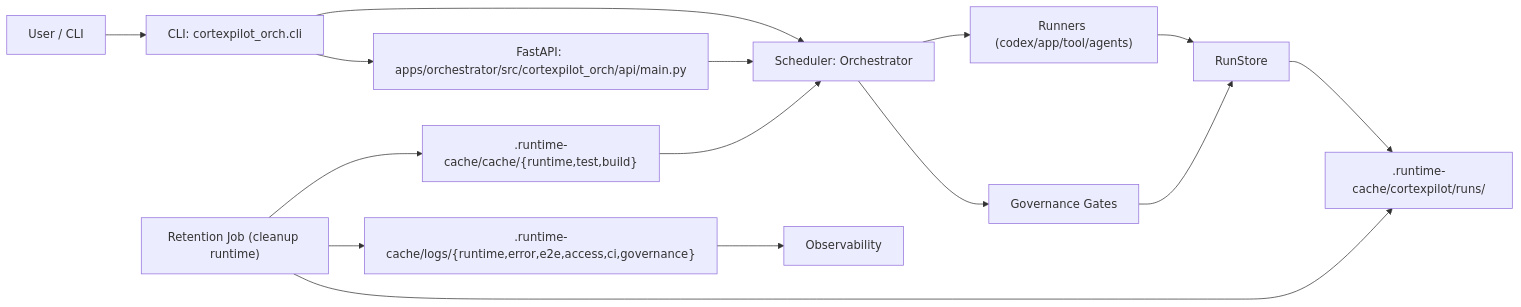
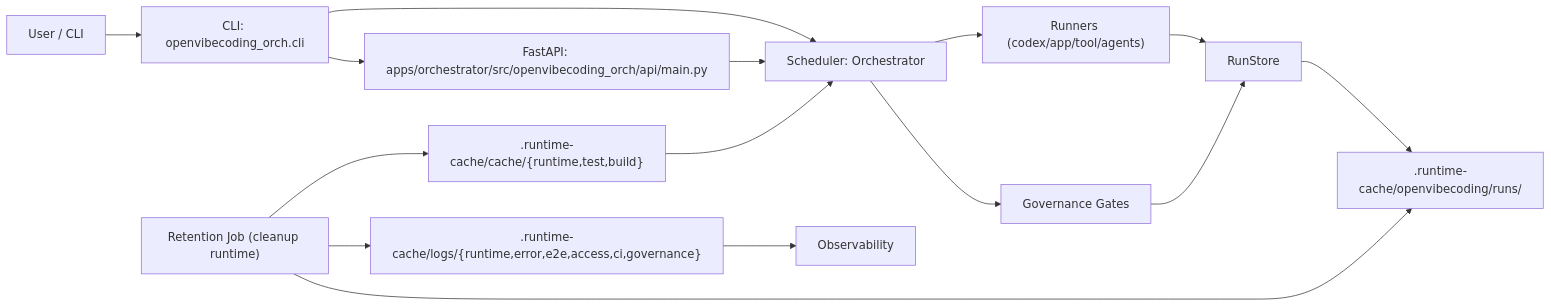
Before and after one commit to xiaojiou176-open/OpenVibeCoding: the diagram in docs/architecture/runtime-topology.md, drawn with Mermaid. The commit also changed other lines of this file and 1068 other files, not shown here.

````diff
--- a/docs/architecture/runtime-topology.md
+++ b/docs/architecture/runtime-topology.md
@@ -3,18 +3,18 @@
 ```mermaid
 flowchart LR
-    U["User / CLI"] --> C["CLI: cortexpilot_orch.cli"]
-    C --> API["FastAPI: apps/orchestrator/src/cortexpilot_orch/api/main.py"]
+    U["User / CLI"] --> C["CLI: openvibecoding_orch.cli"]
+    C --> API["FastAPI: apps/orchestrator/src/openvibecoding_orch/api/main.py"]
     C --> SCH["Scheduler: Orchestrator"]
     API --> SCH
     SCH --> RUN["Runners (codex/app/tool/agents)"]
     SCH --> GATE["Governance Gates"]
     RUN --> STORE["RunStore"]
     GATE --> STORE
-    STORE --> ART[".runtime-cache/cortexpilot/runs/<run_id>"]
+    STORE --> ART[".runtime-cache/openvibecoding/runs/<run_id>"]
 
     LOG[".runtime-cache/logs/{runtime,error,e2e,access,ci,governance}"] --> OBS["Observability"]
     CACHE[".runtime-cache/cache/{runtime,test,build}"] --> SCH
     RET["Retention Job (cleanup runtime)"] --> LOG
     RET --> CACHE
     RET --> ART
 ```
````
